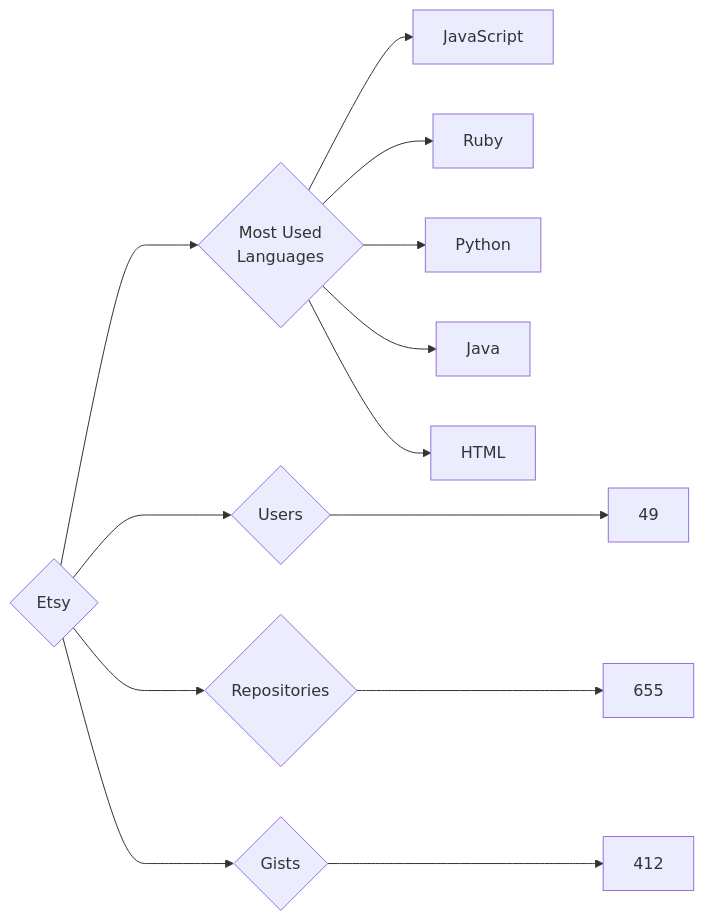
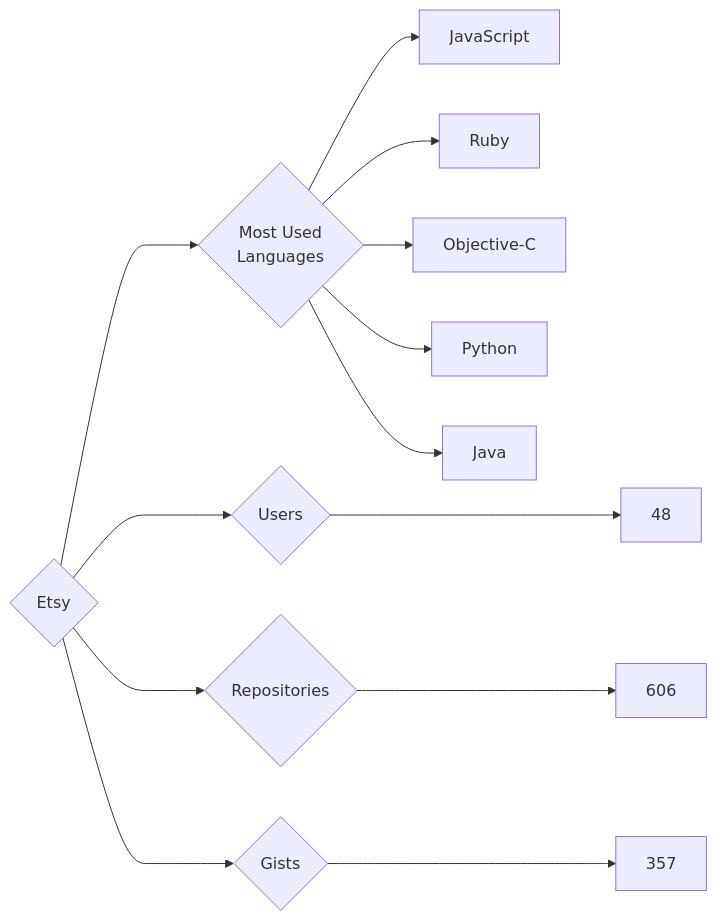
One commit to trickest/insiders changed the diagram in targets/Etsy/README.md. Above: the diagram before and after it, drawn with Mermaid. The commit also changed 944 other files, not shown here.

````diff
--- a/targets/Etsy/README.md
+++ b/targets/Etsy/README.md
@@ -3,13 +3,13 @@
 ```mermaid
 graph LR
 COMPANY_NAME{Etsy}
-COMPANY_NAME ---> U{Users} ---> UN[49]
-COMPANY_NAME ---> R{Repositories} ---> RN[655]
-COMPANY_NAME ---> G{Gists} ---> GN[412]
+COMPANY_NAME ---> U{Users} ---> UN[48]
+COMPANY_NAME ---> R{Repositories} ---> RN[606]
+COMPANY_NAME ---> G{Gists} ---> GN[357]
 COMPANY_NAME ---> ML{Most Used<br>Languages}
 ML --> JavaScript[JavaScript]
 ML --> Ruby[Ruby]
+ML --> Objective-C[Objective-C]
 ML --> Python[Python]
 ML --> Java[Java]
-ML --> HTML[HTML]
 ```
````
